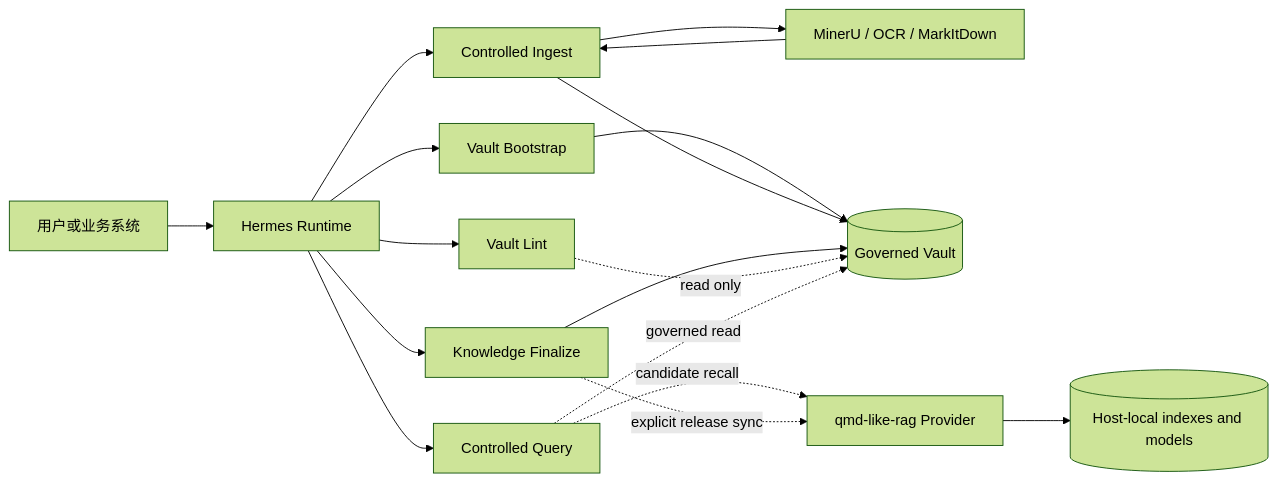
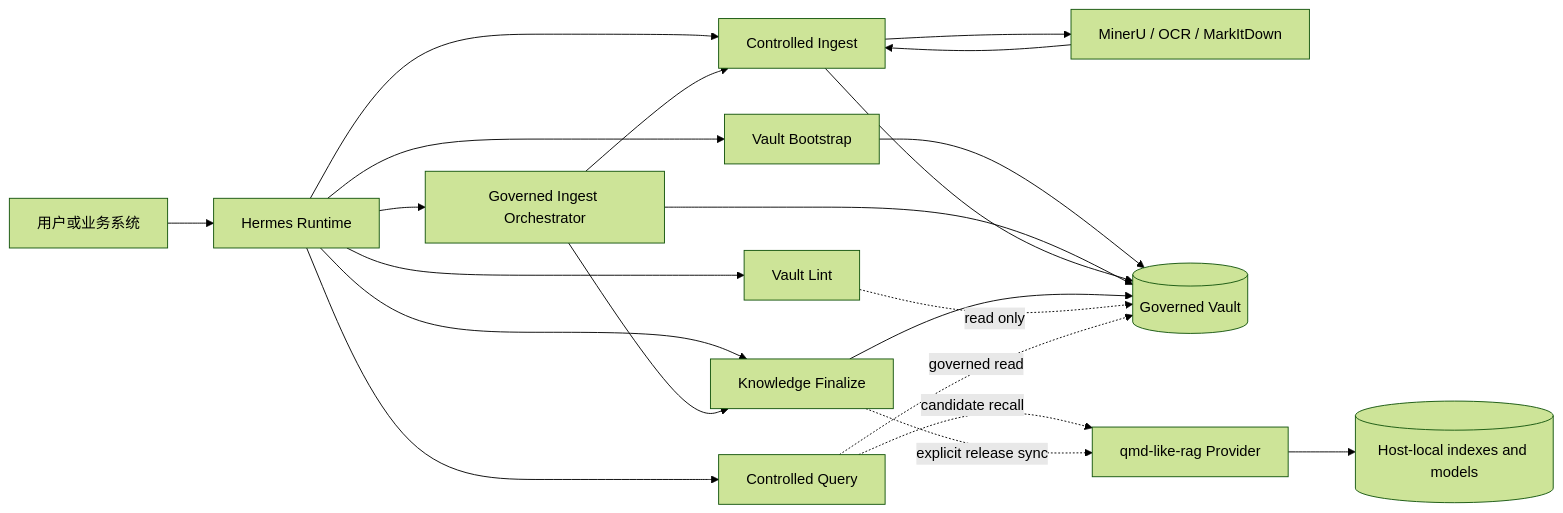
One commit to Ash1mar/hermes-obsidian-skills changed the first of 2 diagrams in docs/OFFICIAL_TECHNICAL_SPECIFICATION.md. Above: the diagram before and after it, drawn with Mermaid (forest theme). The commit also changed other lines of this file and 25 other files, not shown here.

````diff
--- a/docs/OFFICIAL_TECHNICAL_SPECIFICATION.md
+++ b/docs/OFFICIAL_TECHNICAL_SPECIFICATION.md
@@ -96,34 +98,39 @@
 ```mermaid
 flowchart LR
     USER[用户或业务系统]
     HERMES[Hermes Runtime]
 
     BOOT[Vault Bootstrap]
+    ORCH[Governed Ingest Orchestrator]
     INGEST[Controlled Ingest]
     FINALIZE[Knowledge Finalize]
     LINT[Vault Lint]
     QUERY[Controlled Query]
 
     CONVERT[MinerU / OCR / MarkItDown]
     VAULT[(Governed Vault)]
     PROVIDER[qmd-like-rag Provider]
     STATE[(Host-local indexes and models)]
 
     USER --> HERMES
     HERMES --> BOOT
+    HERMES --> ORCH
     HERMES --> INGEST
     HERMES --> FINALIZE
     HERMES --> LINT
     HERMES --> QUERY
 
     BOOT --> VAULT
+    ORCH --> INGEST
+    ORCH --> FINALIZE
+    ORCH --> VAULT
     INGEST --> CONVERT
     CONVERT --> INGEST
     INGEST --> VAULT
     FINALIZE --> VAULT
     LINT -. read only .-> VAULT
     QUERY -. governed read .-> VAULT
     QUERY -. candidate recall .-> PROVIDER
     FINALIZE -. explicit release sync .-> PROVIDER
     PROVIDER --> STATE
 ```
````
